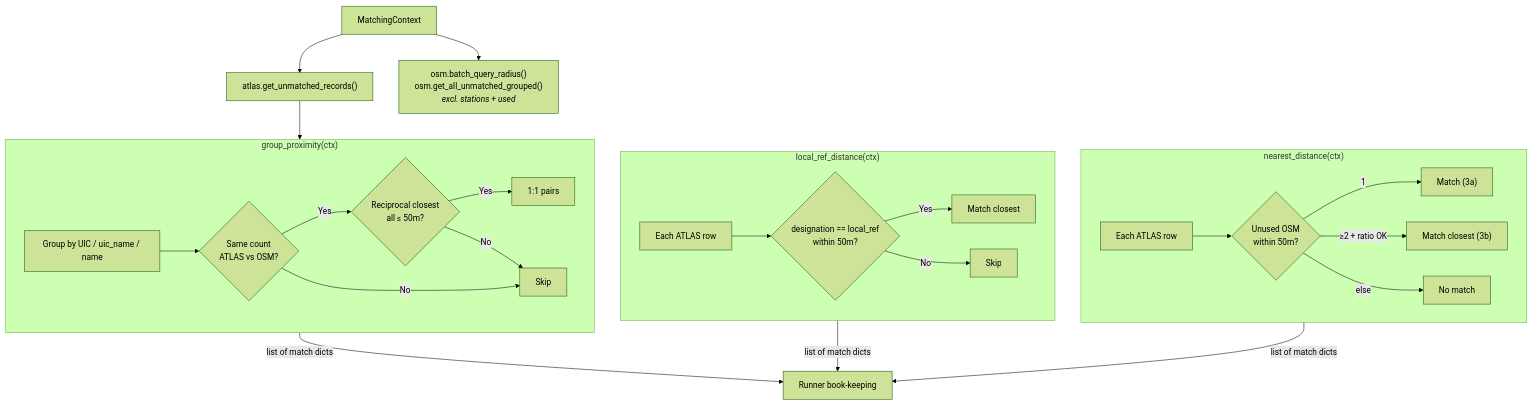
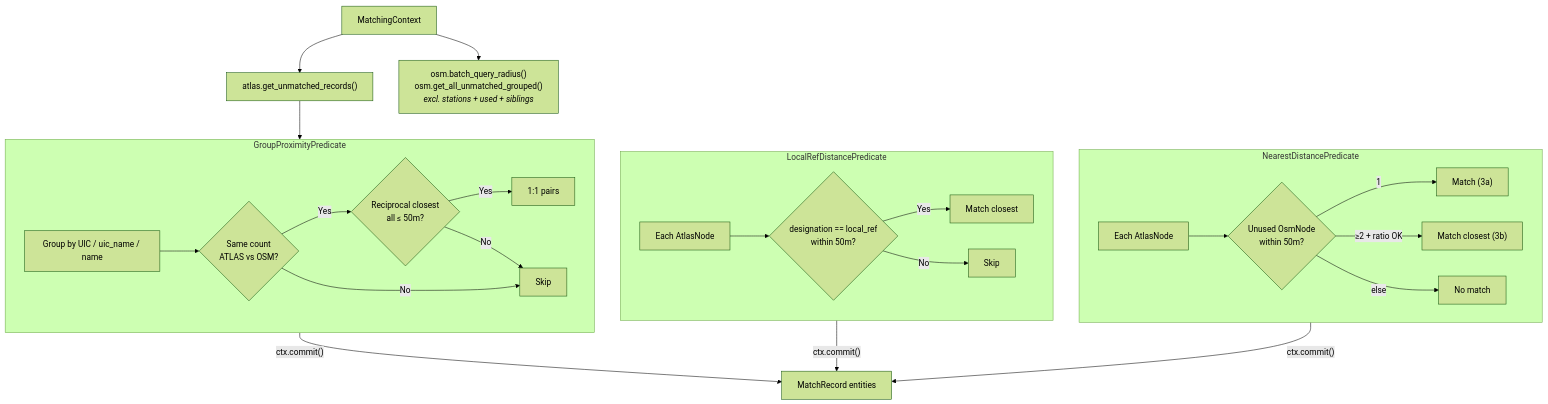
Before and after one commit to openTdataCH/stop_sync_osm_atlas: the diagram in documentation/2.3 Distance matching.md, drawn with Mermaid (forest theme). The commit also changed other lines of this file and 35 other files, not shown here.

````diff
--- a/documentation/2.3 Distance matching.md
+++ b/documentation/2.3 Distance matching.md
@@ -5,31 +5,31 @@
 ```mermaid
 flowchart TB
     CTX["MatchingContext"] --> UA["atlas.get_unmatched_records()"]
-    CTX --> OSM["osm.batch_query_radius()<br/>osm.get_all_unmatched_grouped()<br/><i>excl. stations + used</i>"]
+    CTX --> OSM["osm.batch_query_radius()<br/>osm.get_all_unmatched_grouped()<br/><i>excl. stations + used + siblings</i>"]
 
     UA --> Stage1
 
-    subgraph Stage1["group_proximity(ctx)"]
+    subgraph Stage1["GroupProximityPredicate"]
         G1["Group by UIC / uic_name / name"] --> G2{"Same count<br/>ATLAS vs OSM?"}
         G2 -->|Yes| G3{"Reciprocal closest<br/>all ≤ 50m?"}
         G3 -->|Yes| G4["1:1 pairs"]
         G2 & G3 -->|No| Gx["Skip"]
     end
 
-    subgraph Stage2["local_ref_distance(ctx)"]
-        L1["Each ATLAS row"] --> L2{"designation == local_ref<br/>within 50m?"}
+    subgraph Stage2["LocalRefDistancePredicate"]
+        L1["Each AtlasNode"] --> L2{"designation == local_ref<br/>within 50m?"}
         L2 -->|Yes| L3["Match closest"]
         L2 -->|No| Lx["Skip"]
     end
 
-    subgraph Stage3["nearest_distance(ctx)"]
-        A1["Each ATLAS row"] --> A2{"Unused OSM<br/>within 50m?"}
+    subgraph Stage3["NearestDistancePredicate"]
+        A1["Each AtlasNode"] --> A2{"Unused OsmNode<br/>within 50m?"}
         A2 -->|"1"| A3["Match (3a)"]
         A2 -->|"≥2 + ratio OK"| A5["Match closest (3b)"]
         A2 -->|else| Ax["No match"]
     end
 
-    Stage1 -->|"list of match dicts"| R1["Runner book-keeping"]
-    Stage2 -->|"list of match dicts"| R1
-    Stage3 -->|"list of match dicts"| R1
+    Stage1 -->|"ctx.commit()"| R1["MatchRecord entities"]
+    Stage2 -->|"ctx.commit()"| R1
+    Stage3 -->|"ctx.commit()"| R1
 ```
````
